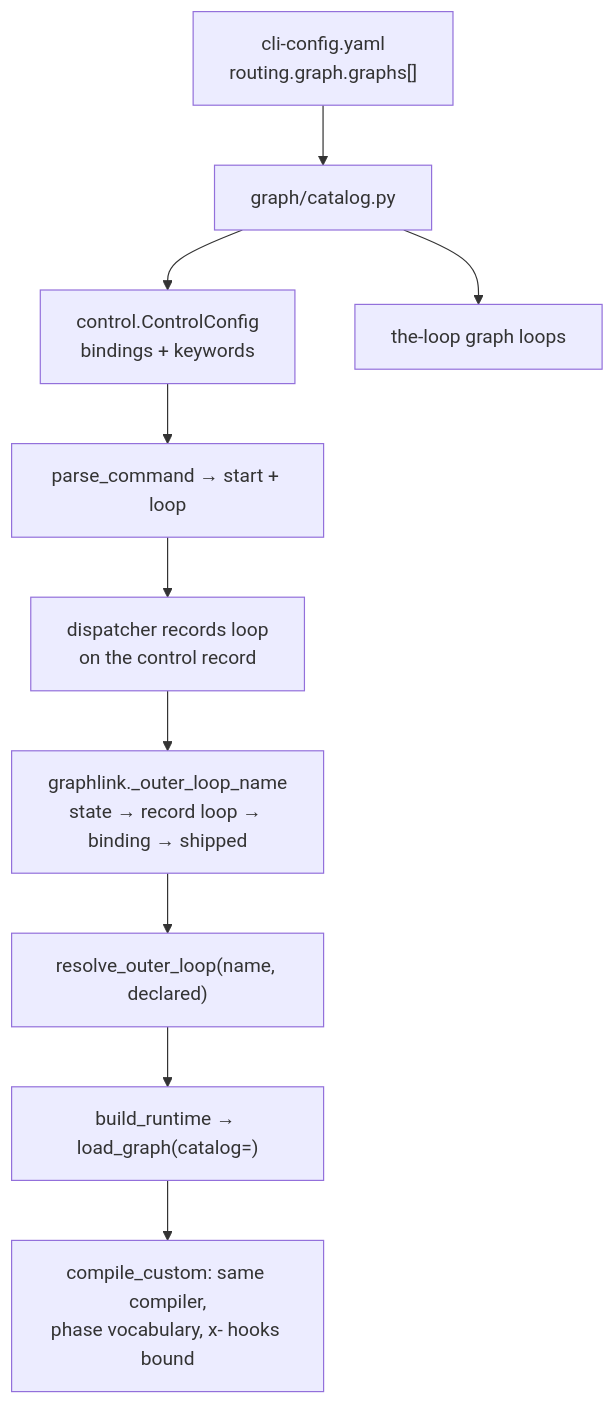
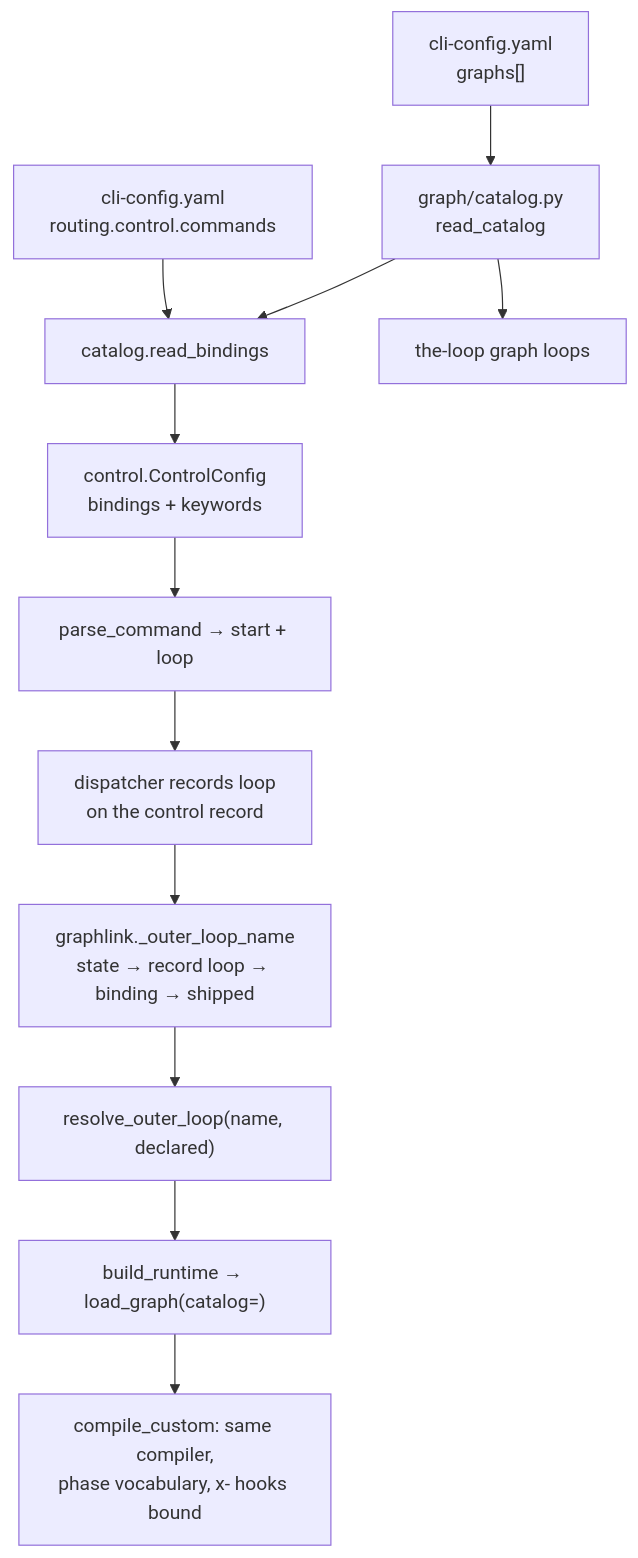
One commit to MadaraUchiha-314/the-loop changed the diagram in docs/specs/issue-343/evidence/reviewer-briefing.md. Above: the diagram before and after it, drawn with Mermaid. The commit also changed other lines of this file and 41 other files, not shown here.

First line of the commit message:
refactor(issue-343): top-level graphs, commands bound under routing.control.commands

````diff
--- a/docs/specs/issue-343/evidence/reviewer-briefing.md
+++ b/docs/specs/issue-343/evidence/reviewer-briefing.md
@@ -41,12 +44,14 @@
 ```mermaid
 flowchart TD
-  CFG["cli-config.yaml<br/>routing.graph.graphs[]"] --> CAT["graph/catalog.py"]
-  CAT --> CC["control.ControlConfig<br/>bindings + keywords"]
+  CFG["cli-config.yaml<br/>graphs[]"] --> CAT["graph/catalog.py<br/>read_catalog"]
+  BND["cli-config.yaml<br/>routing.control.commands"] --> RB["catalog.read_bindings"]
+  CAT --> RB
+  RB --> CC["control.ControlConfig<br/>bindings + keywords"]
   CC --> PC["parse_command → start + loop"]
   PC --> DSP["dispatcher records loop<br/>on the control record"]
   DSP --> GL["graphlink._outer_loop_name<br/>state → record loop → binding → shipped"]
   GL --> RES["resolve_outer_loop(name, declared)"]
   RES --> BR["build_runtime → load_graph(catalog=)"]
   BR --> CMP["compile_custom: same compiler,<br/>phase vocabulary, x- hooks bound"]
   CAT --> LOOPS["the-loop graph loops"]
 ```
````
